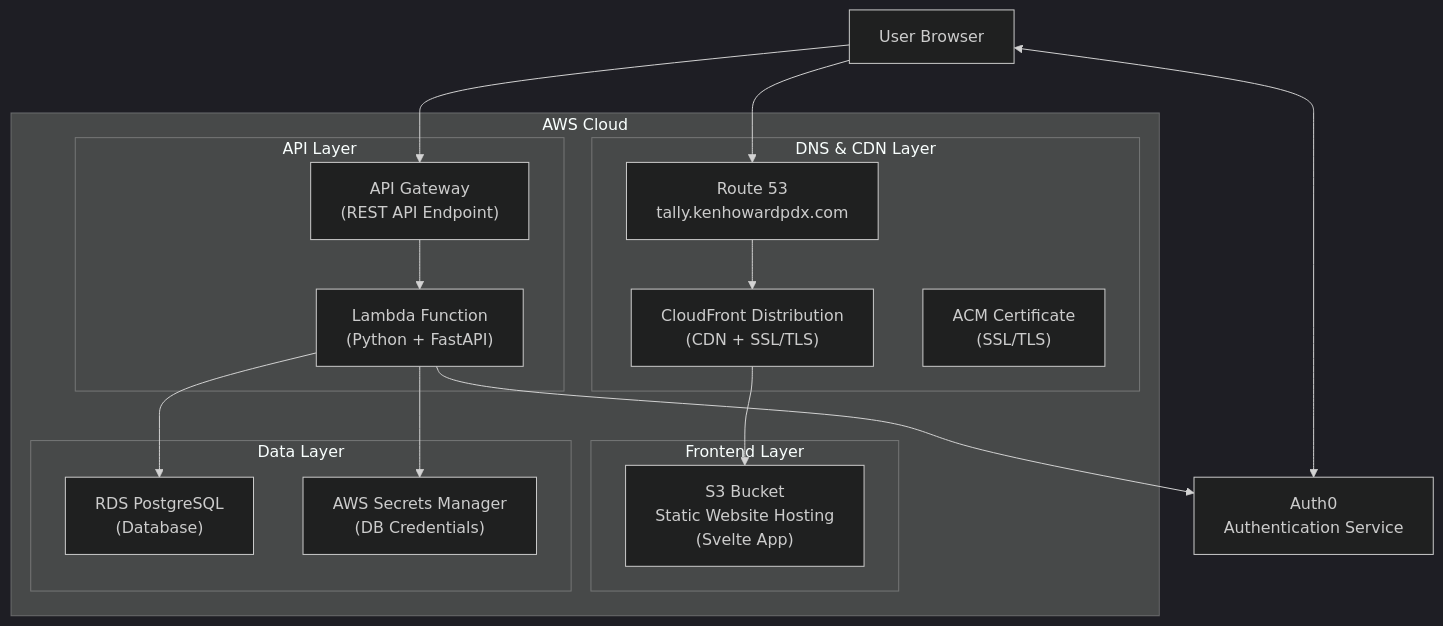
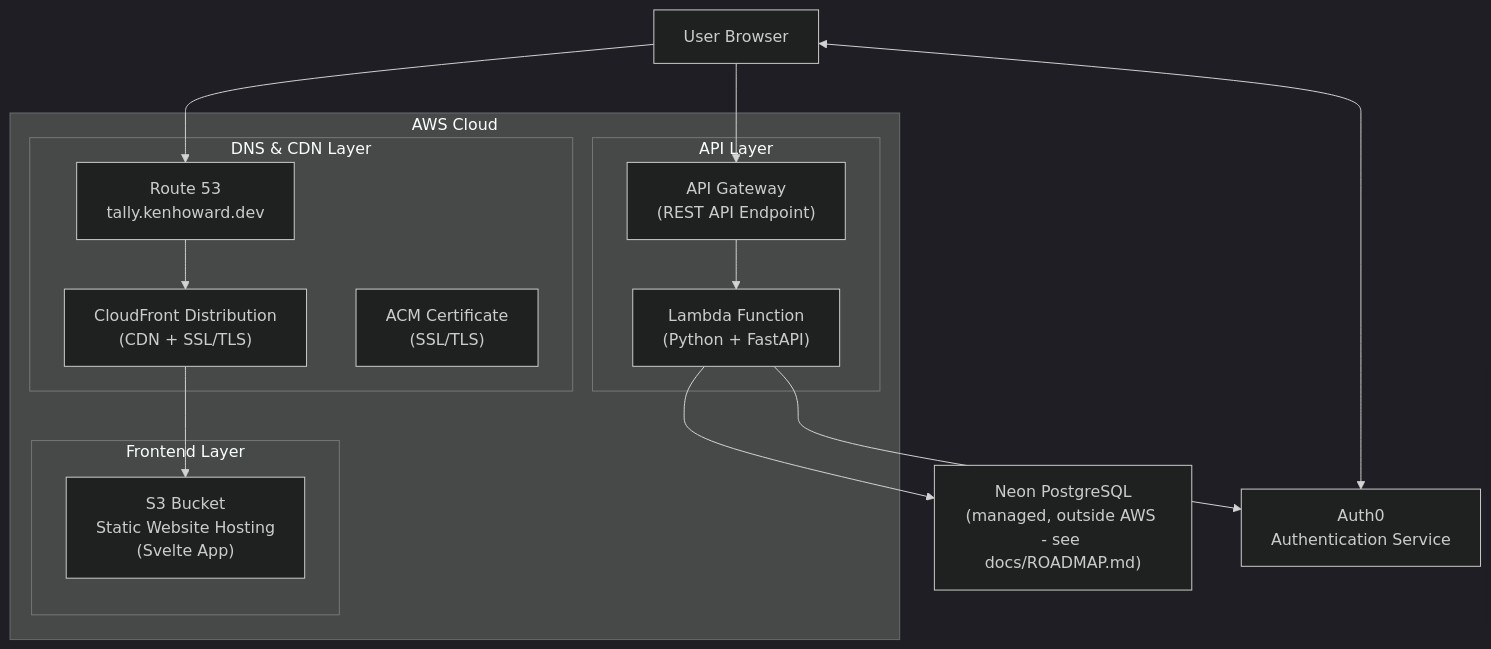
One commit to kenhowardpdx/tally changed the diagram in infra/README.md. Above: the diagram before and after it, drawn with Mermaid (dark theme). The commit also changed other lines of this file and 6 other files, not shown here.

````diff
--- a/infra/README.md
+++ b/infra/README.md
@@ -7,37 +7,33 @@
 ```mermaid
 graph TB
     subgraph AWS["AWS Cloud"]
         subgraph DNS["DNS & CDN Layer"]
-            R53["Route 53<br/>tally.kenhowardpdx.com"]
+            R53["Route 53<br/>tally.kenhoward.dev"]
             CF["CloudFront Distribution<br/>(CDN + SSL/TLS)"]
             ACM["ACM Certificate<br/>(SSL/TLS)"]
         end
 
         subgraph Frontend["Frontend Layer"]
             S3["S3 Bucket<br/>Static Website Hosting<br/>(Svelte App)"]
         end
 
         subgraph API["API Layer"]
             APIGW["API Gateway<br/>(REST API Endpoint)"]
             Lambda["Lambda Function<br/>(Python + FastAPI)"]
         end
 
-        subgraph Data["Data Layer"]
-            RDS["RDS PostgreSQL<br/>(Database)"]
-            Secrets["AWS Secrets Manager<br/>(DB Credentials)"]
-        end
     end
 
+    Neon["Neon PostgreSQL<br/>(managed, outside AWS - see docs/ROADMAP.md)"]
     User["User Browser"]
     Auth0["Auth0<br/>Authentication Service"]
 
     User --> R53
     User <--> Auth0
     R53 --> CF
     CF --> S3
     User --> APIGW
     APIGW --> Lambda
     Lambda --> Auth0
-    Lambda --> RDS
-    Lambda --> Secrets
+    Lambda --> Neon
 ```
````
